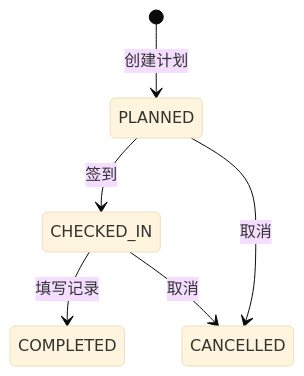
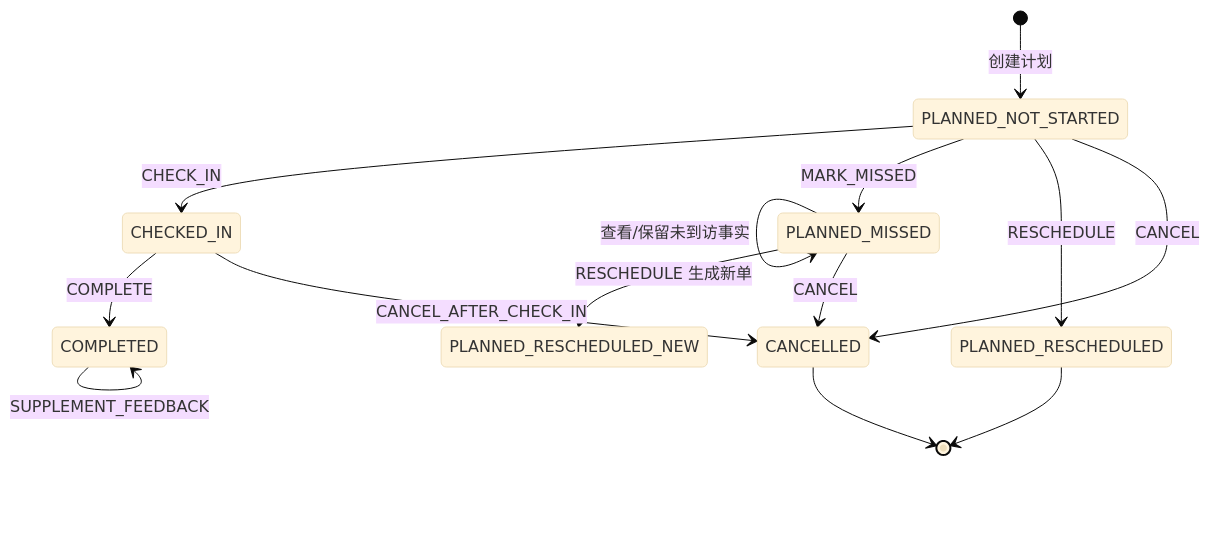
One commit to lophyJessica/forge-crm changed the diagram in prd-docs/拜访管理/拜访计划主PRD.md. Above: the diagram before and after it, drawn with Mermaid (base theme). The commit also changed other lines of this file and 42 other files, not shown here.

````diff
--- a/prd-docs/拜访管理/拜访计划主PRD.md
+++ b/prd-docs/拜访管理/拜访计划主PRD.md
@@ -45,8 +147,16 @@
 ```mermaid
 stateDiagram-v2
-    [*] --> PLANNED : 创建计划
-    PLANNED --> CHECKED_IN : 签到
-    CHECKED_IN --> COMPLETED : 填写记录
-    PLANNED --> CANCELLED : 取消
-    CHECKED_IN --> CANCELLED : 取消
+    [*] --> PLANNED_NOT_STARTED : 创建计划
+    PLANNED_NOT_STARTED --> CHECKED_IN : CHECK_IN
+    PLANNED_NOT_STARTED --> PLANNED_MISSED : MARK_MISSED
+    PLANNED_NOT_STARTED --> PLANNED_RESCHEDULED : RESCHEDULE
+    PLANNED_MISSED --> PLANNED_MISSED : 查看/保留未到访事实
+    PLANNED_MISSED --> PLANNED_RESCHEDULED_NEW : RESCHEDULE 生成新单
+    PLANNED_NOT_STARTED --> CANCELLED : CANCEL
+    PLANNED_MISSED --> CANCELLED : CANCEL
+    CHECKED_IN --> COMPLETED : COMPLETE
+    CHECKED_IN --> CANCELLED : CANCEL_AFTER_CHECK_IN
+    COMPLETED --> COMPLETED : SUPPLEMENT_FEEDBACK
+    CANCELLED --> [*]
+    PLANNED_RESCHEDULED --> [*]
 ```
````
